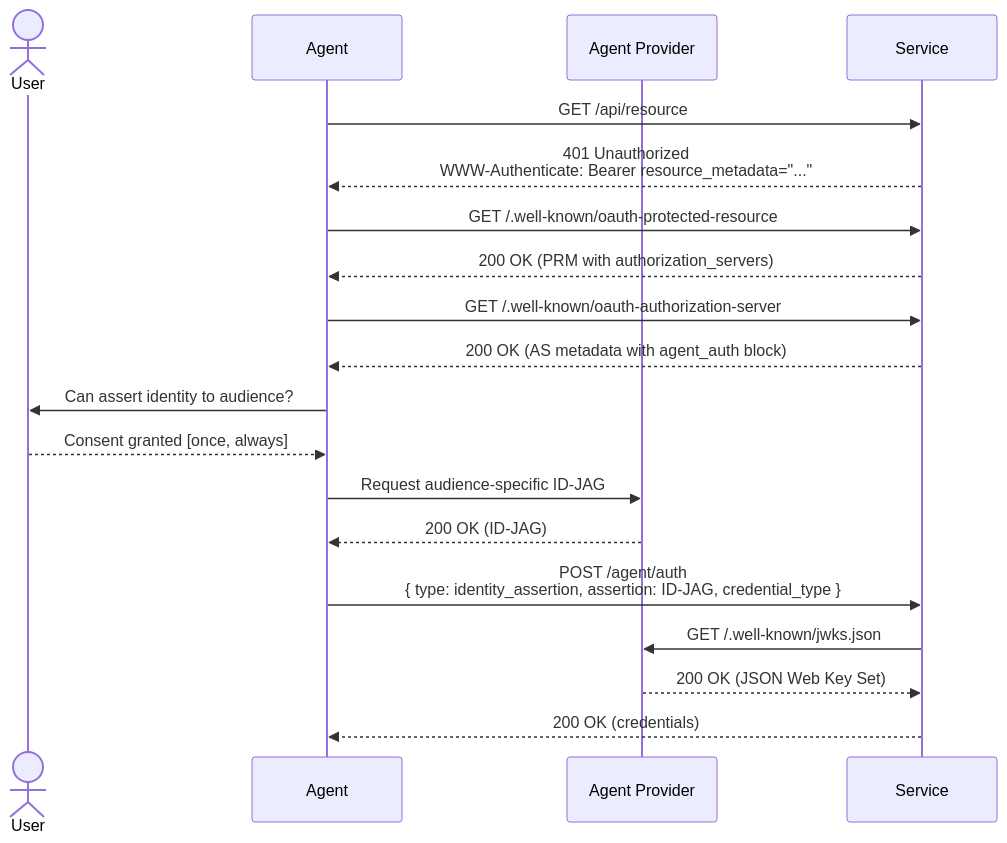
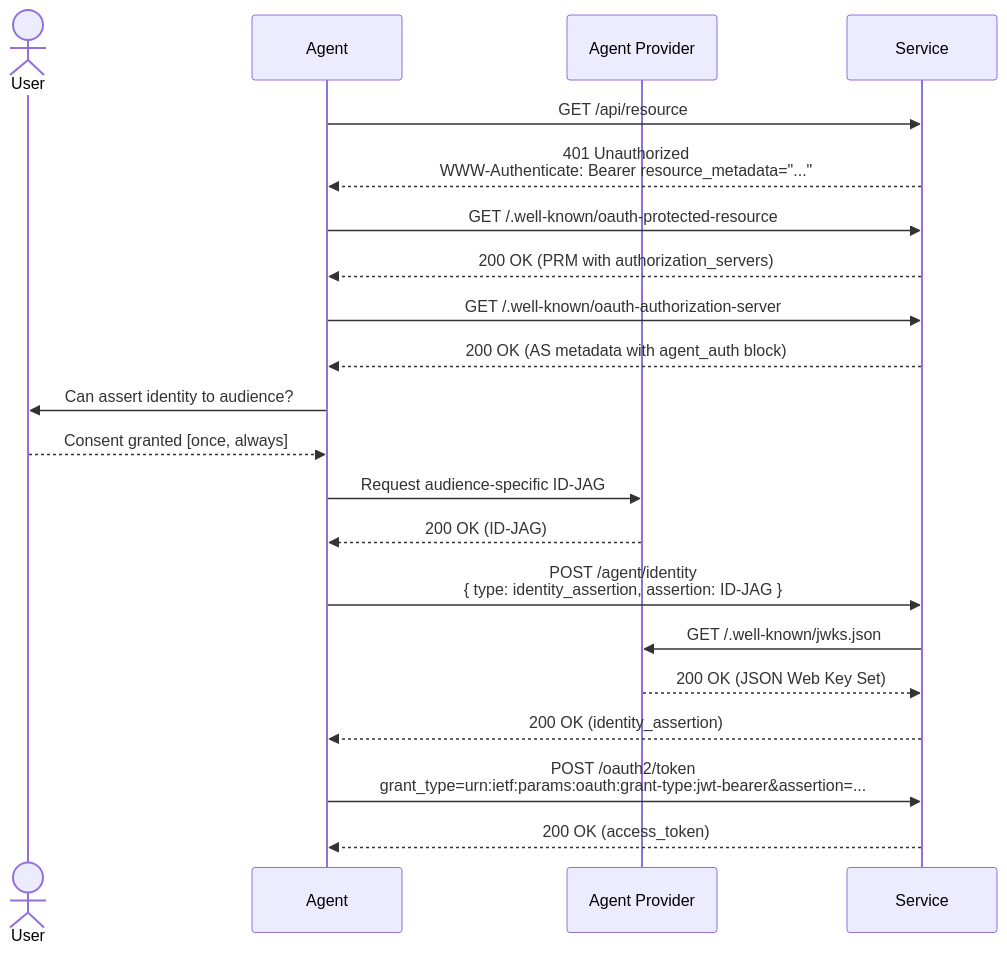
Before and after one commit to timothybrush/auth.md: the diagram in agent-providers/README.md, drawn with Mermaid. The commit also changed other lines of this file and 15 other files, not shown here.

First line of the commit message:
Split identity and token endpoints

````diff
--- a/agent-providers/README.md
+++ b/agent-providers/README.md
@@ -11,26 +11,29 @@
 ```mermaid
 sequenceDiagram
     actor User
     participant Agent
     participant Provider as Agent Provider
     participant Service
 
     Agent->>Service: GET /api/resource
     Service-->>Agent: 401 Unauthorized<br/>WWW-Authenticate: Bearer resource_metadata="..."
 
     Agent->>Service: GET /.well-known/oauth-protected-resource
     Service-->>Agent: 200 OK (PRM with authorization_servers)
     Agent->>Service: GET /.well-known/oauth-authorization-server
     Service-->>Agent: 200 OK (AS metadata with agent_auth block)
 
     Agent->>User: Can assert identity to audience?
     User-->>Agent: Consent granted [once, always]
 
     Agent->>Provider: Request audience-specific ID-JAG
     Provider-->>Agent: 200 OK (ID-JAG)
 
-    Agent->>Service: POST /agent/auth<br/>{ type: identity_assertion, assertion: ID-JAG, credential_type }
+    Agent->>Service: POST /agent/identity<br/>{ type: identity_assertion, assertion: ID-JAG }
     Service->>Provider: GET /.well-known/jwks.json
     Provider-->>Service: 200 OK (JSON Web Key Set)
-    Service-->>Agent: 200 OK (credentials)
+    Service-->>Agent: 200 OK (identity_assertion)
+
+    Agent->>Service: POST /oauth2/token<br/>grant_type=urn:ietf:params:oauth:grant-type:jwt-bearer&assertion=...
+    Service-->>Agent: 200 OK (access_token)
 ```
````
